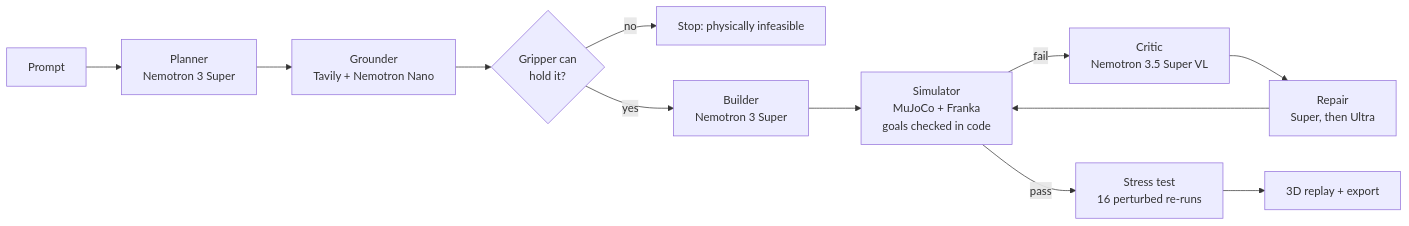
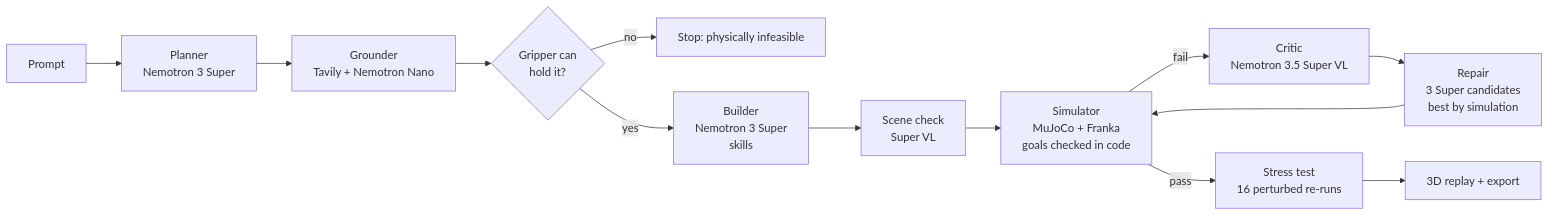
Before and after one commit to atabak-eghbal/spec-to-sim: the diagram in README.md, drawn with Mermaid. The commit also changed other lines of this file and 4 other files, not shown here.

````diff
--- a/README.md
+++ b/README.md
@@ -113,14 +113,15 @@
 ```mermaid
 flowchart LR
     U[Prompt] --> P[Planner<br/>Nemotron 3 Super]
     P --> G[Grounder<br/>Tavily + Nemotron Nano]
     G --> X{Gripper can<br/>hold it?}
     X -->|no| N[Stop: physically infeasible]
-    X -->|yes| B[Builder<br/>Nemotron 3 Super]
-    B --> R[Simulator<br/>MuJoCo + Franka<br/>goals checked in code]
+    X -->|yes| B[Builder<br/>Nemotron 3 Super<br/>skills]
+    B --> V[Scene check<br/>Super VL]
+    V --> R[Simulator<br/>MuJoCo + Franka<br/>goals checked in code]
     R -->|fail| C[Critic<br/>Nemotron 3.5 Super VL]
-    C --> F[Repair<br/>Super, then Ultra]
+    C --> F[Repair<br/>3 Super candidates<br/>best by simulation]
     F --> R
     R -->|pass| S[Stress test<br/>16 perturbed re-runs]
     S --> D[3D replay + export]
 ```
````
